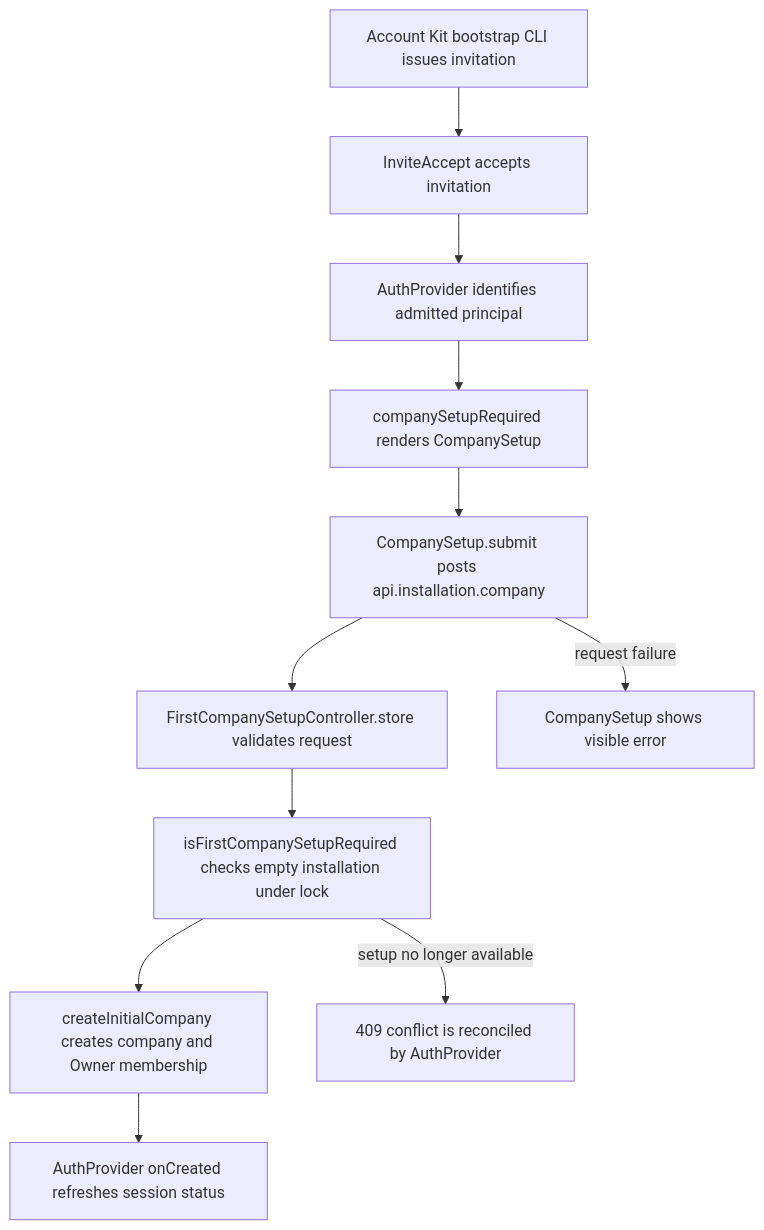
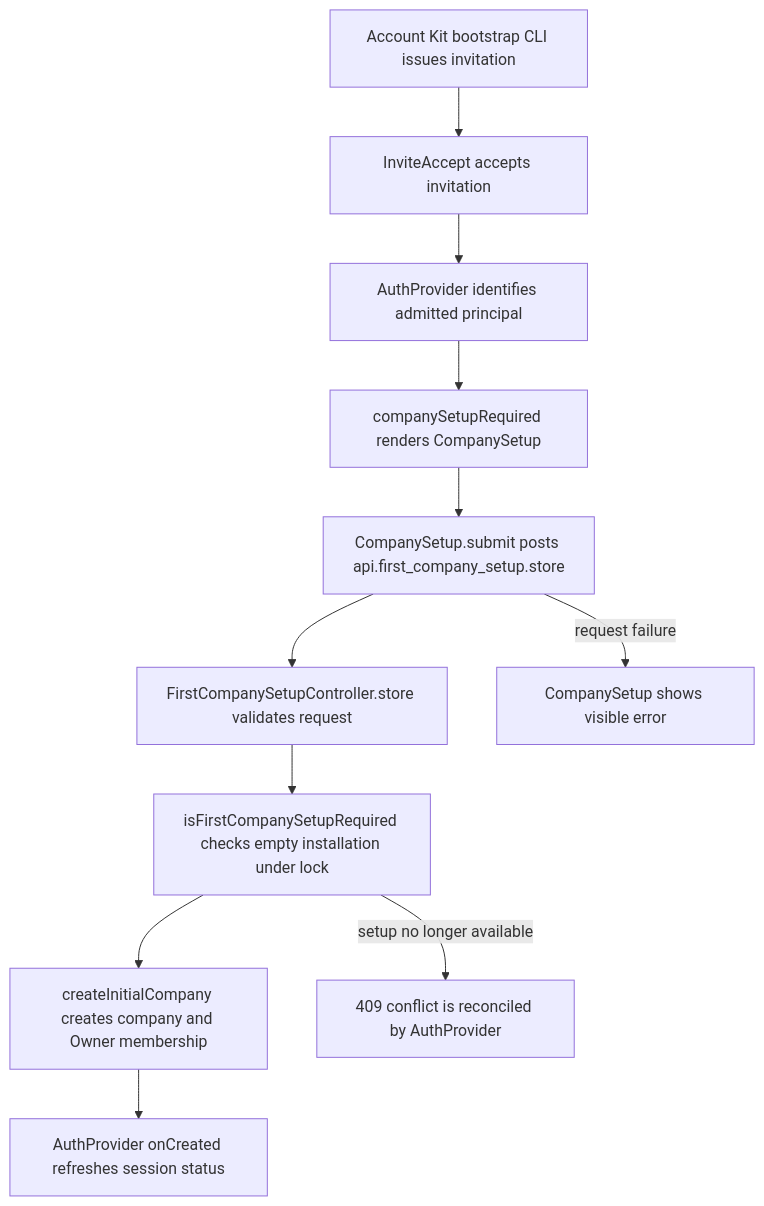
Before and after one commit to Kevinjohn/capacitylens: the second of 2 diagrams in user-stories/navigation/US-NAV-14-company-picker-onboarding.md, drawn with Mermaid. The commit also changed 153 other files, not shown here.

````diff
--- a/user-stories/navigation/US-NAV-14-company-picker-onboarding.md
+++ b/user-stories/navigation/US-NAV-14-company-picker-onboarding.md
@@ -39,13 +39,13 @@
 ```mermaid
 flowchart TD
   command["Account Kit bootstrap CLI issues invitation"] --> invite["InviteAccept accepts invitation"]
   invite --> auth["AuthProvider identifies admitted principal"]
   auth --> setup["companySetupRequired renders CompanySetup"]
-  setup --> submit["CompanySetup.submit posts api.installation.company"]
+  setup --> submit["CompanySetup.submit posts api.first_company_setup.store"]
   submit --> route["FirstCompanySetupController.store validates request"]
   route --> guard["isFirstCompanySetupRequired checks empty installation under lock"]
   guard --> create["createInitialCompany creates company and Owner membership"]
   create --> refresh["AuthProvider onCreated refreshes session status"]
   submit -->|request failure| error["CompanySetup shows visible error"]
   guard -->|setup no longer available| conflict["409 conflict is reconciled by AuthProvider"]
 ```
````
